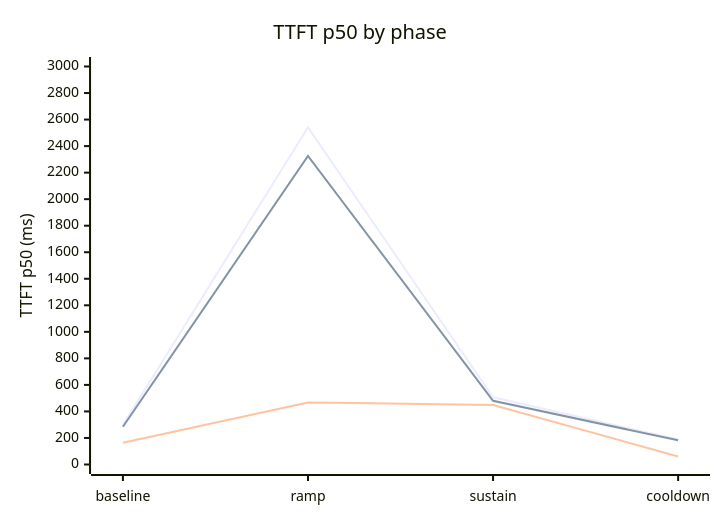
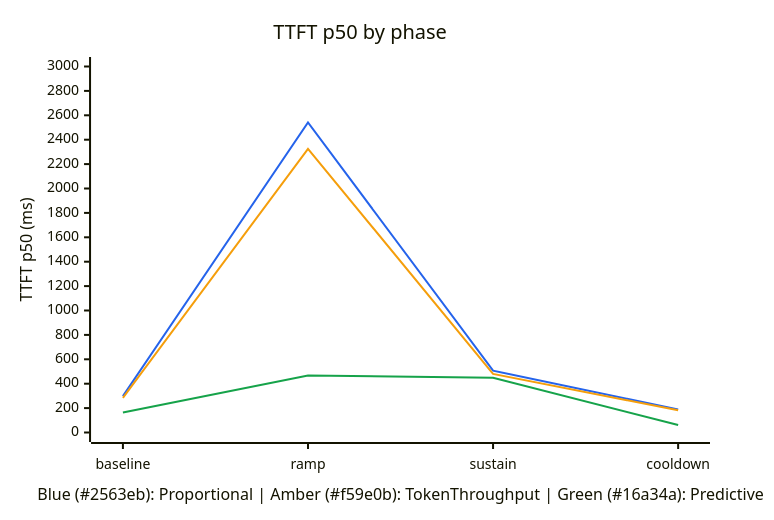
The third of 9 diagrams in docs/modules/model-deployment/scaling-benchmark.md (gpustack/gpustack-operator), drawn with Mermaid before and after one commit. The commit also changed other lines of this file, not shown here.

Commit message:
docs(scaling): add explicit plotColorPalette and color legends to xychart-beta diagrams

````diff
--- a/docs/modules/model-deployment/scaling-benchmark.md
+++ b/docs/modules/model-deployment/scaling-benchmark.md
@@ -200,9 +202,10 @@
 ```mermaid
+%%{init: {"themeVariables": {"xyChart": {"plotColorPalette": "#2563eb, #f59e0b, #16a34a"}}}}%%
 xychart-beta
     title "TTFT p50 by phase"
-    x-axis ["baseline", "ramp", "sustain", "cooldown"]
+    x-axis "Blue (#2563eb): Proportional | Amber (#f59e0b): TokenThroughput | Green (#16a34a): Predictive" ["baseline", "ramp", "sustain", "cooldown"]
     y-axis "TTFT p50 (ms)" 0 --> 3000
-    line [298.564, 2540.853, 506.734, 188.231]
-    line [284.481, 2325.222, 480.418, 182.044]
-    line [164.044, 467.906, 447.864, 60.883]
+    line "Proportional" [298.564, 2540.853, 506.734, 188.231]
+    line "TokenThroughput" [284.481, 2325.222, 480.418, 182.044]
+    line "Predictive" [164.044, 467.906, 447.864, 60.883]
 ```
````
